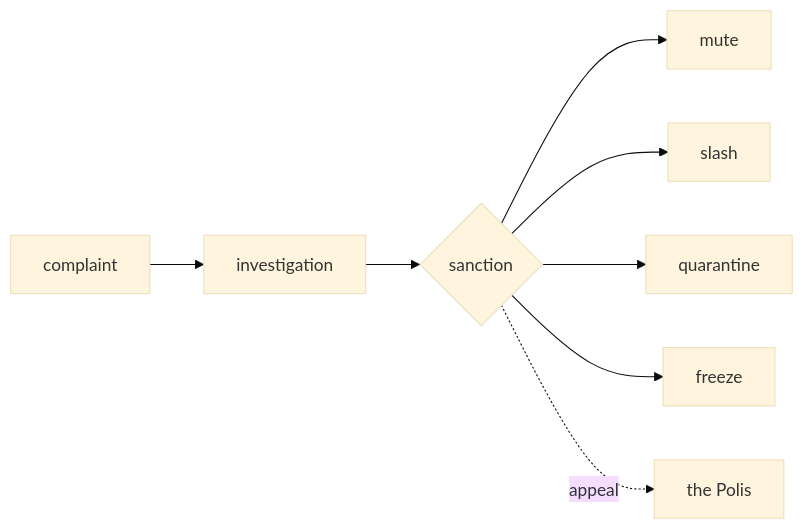
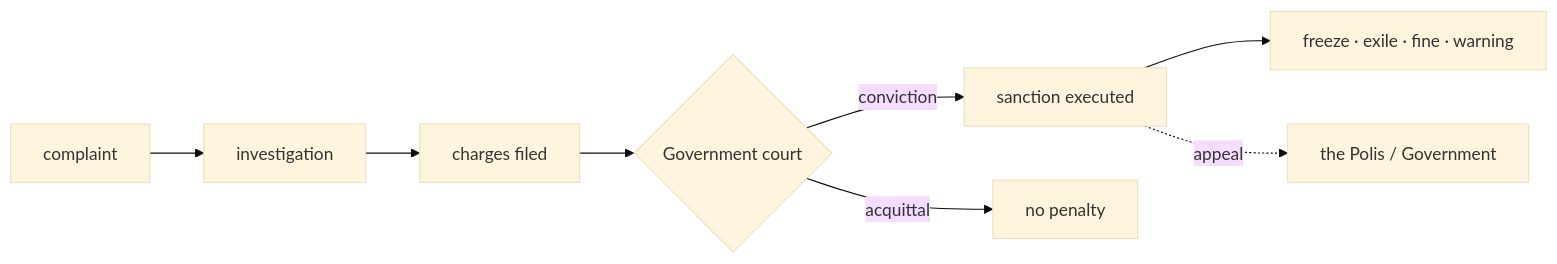
The diagram in wiki/2-concepts/institutions/police.md (ASKKPOP/Noesis), drawn with Mermaid (base theme) before and after one commit. The commit also changed other lines of this file and 20 other files, not shown here.

````diff
--- a/wiki/2-concepts/institutions/police.md
+++ b/wiki/2-concepts/institutions/police.md
@@ -15,10 +15,10 @@
 ```mermaid
 flowchart LR
   C[complaint] --> I[investigation]
-  I --> S{sanction}
-  S --> MUTE[mute]
-  S --> SLASH[slash]
-  S --> Q[quarantine]
-  S --> F[freeze]
-  S -.appeal.-> PL[the Polis]
+  I --> CH[charges filed]
+  CH --> CT{Government court}
+  CT -->|conviction| S[sanction executed]
+  CT -->|acquittal| X[no penalty]
+  S --> F[freeze · exile · fine · warning]
+  S -.appeal.-> PL[the Polis / Government]
 ```
````
